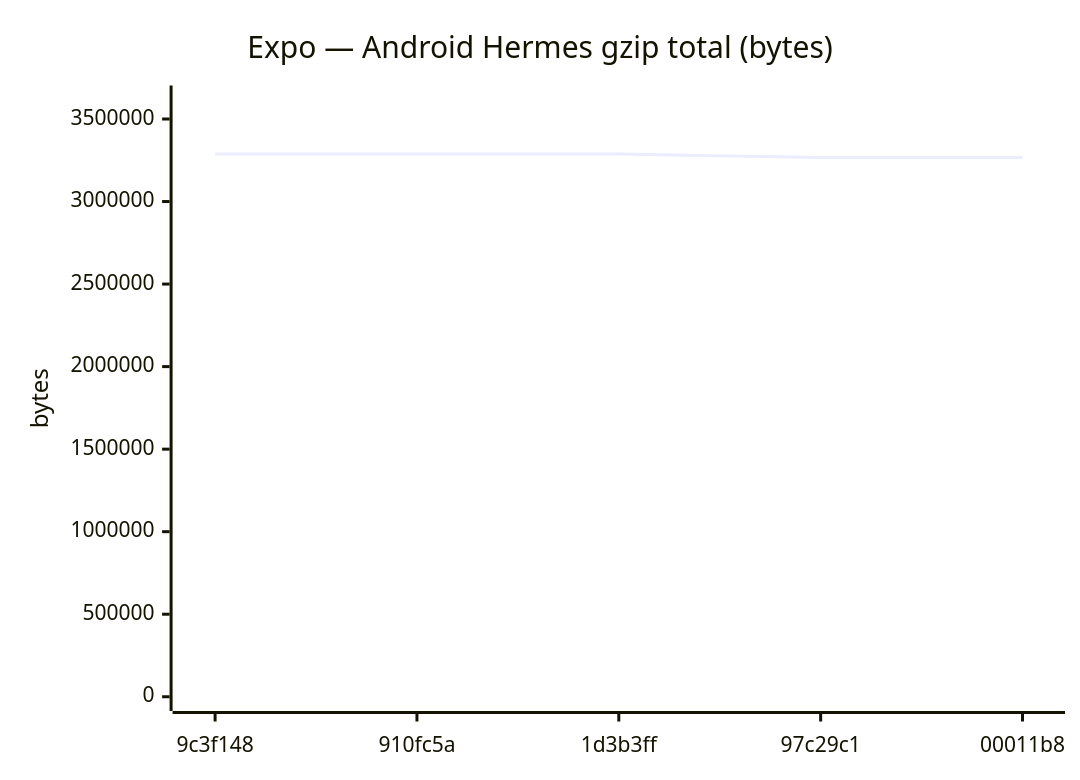
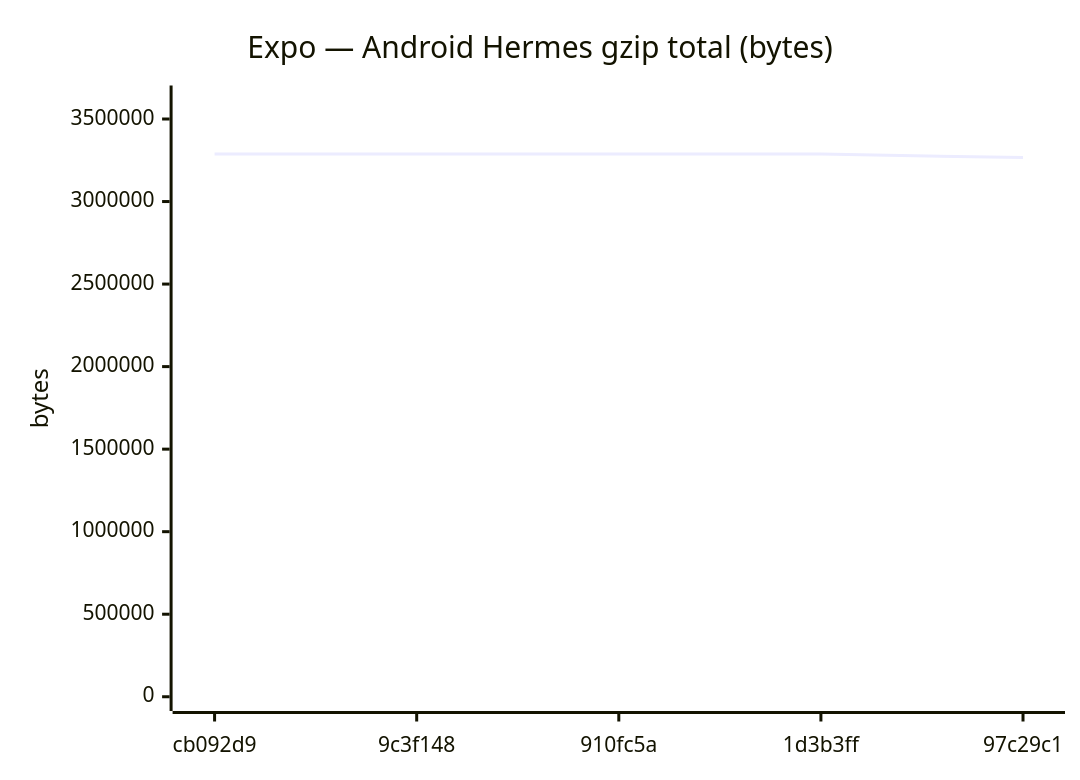
Diagram 11 of 18 in benchmarks/compare.md (Metaheurist/Rianell), drawn with Mermaid before and after one commit. The commit also changed other lines of this file and 11 other files, not shown here.

````diff
--- a/benchmarks/compare.md
+++ b/benchmarks/compare.md
@@ -172,7 +172,7 @@
 ```mermaid
 xychart-beta
     title "Expo — Android Hermes gzip total (bytes)"
-    x-axis ["9c3f148", "910fc5a", "1d3b3ff", "97c29c1", "00011b8"]
+    x-axis ["cb092d9", "9c3f148", "910fc5a", "1d3b3ff", "97c29c1"]
     y-axis "bytes" 0 --> 3616656
-    line [3287424, 3287869, 3287424, 3266092, 3266094]
+    line [3287424, 3287424, 3287869, 3287424, 3266092]
 ```
````
